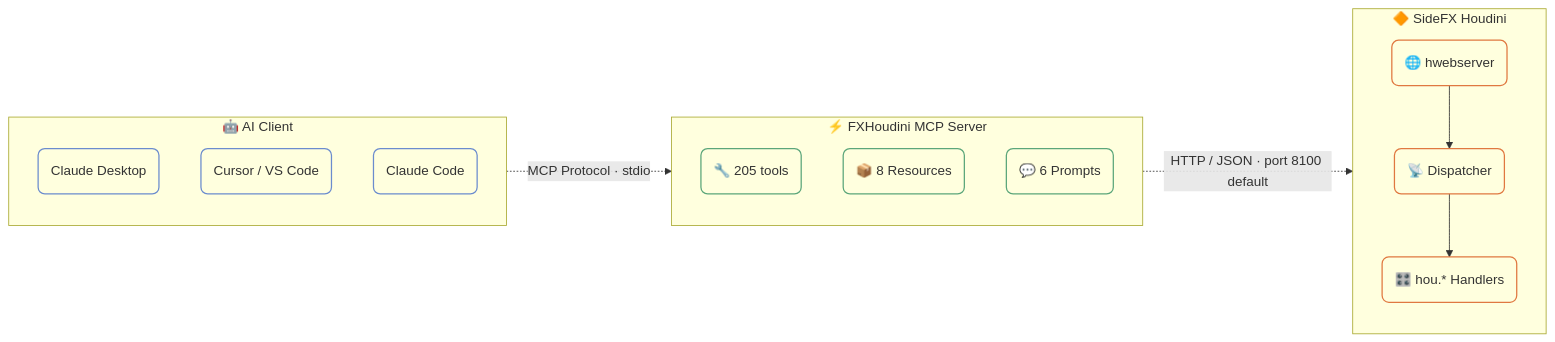
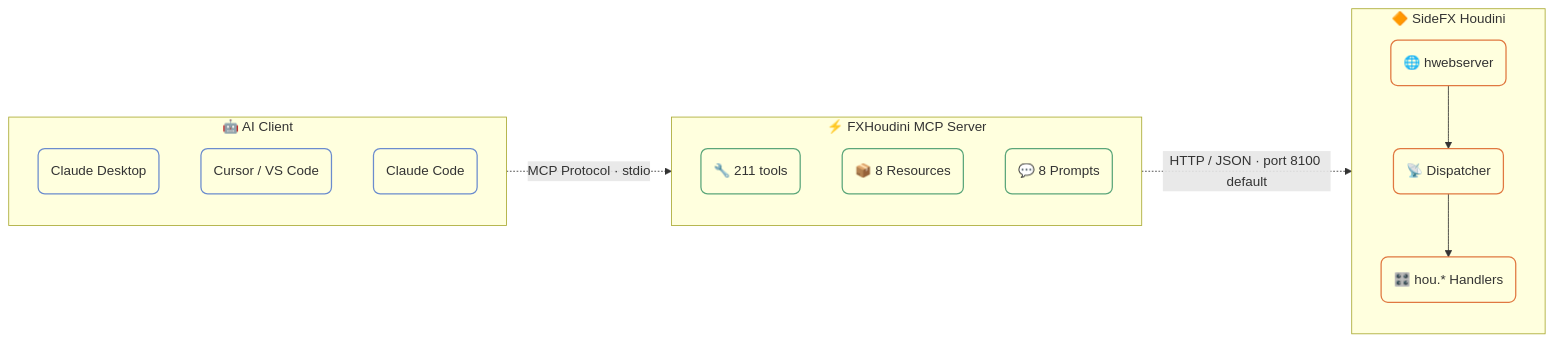
Before and after one commit to rossgeorgia0430-cyber/fxhoudinimcp-windows-agents: the diagram in docs/index.md, drawn with Mermaid. The commit also changed other lines of this file and 47 other files, not shown here.

````diff
--- a/docs/index.md
+++ b/docs/index.md
@@ -40,35 +40,35 @@
 ```mermaid
 flowchart LR
     subgraph Client[" 🤖 AI Client "]
         direction TB
         A1("Claude Desktop")
         A2("Cursor / VS Code")
         A3("Claude Code")
     end
 
     subgraph MCP[" ⚡ FXHoudini MCP Server "]
         direction TB
-        B1("🔧 205 tools")
+        B1("🔧 211 tools")
         B2("📦 8 Resources")
-        B3("💬 6 Prompts")
+        B3("💬 8 Prompts")
     end
 
     subgraph Houdini[" 🔶 SideFX Houdini "]
         direction TB
         C1("🌐 hwebserver")
         C2("📡 Dispatcher")
         C3("🎛️ hou.* Handlers")
         C1 --> C2 --> C3
     end
 
     Client -. "MCP Protocol · stdio" .-> MCP
     MCP -. "HTTP / JSON · port 8100 default" .-> Houdini
 
     classDef clientNode fill:transparent,stroke:#6b8cce,stroke-width:1.5px,rx:8,ry:8
     classDef mcpNode fill:transparent,stroke:#5ba67a,stroke-width:1.5px,rx:8,ry:8
     classDef houdiniNode fill:transparent,stroke:#e07840,stroke-width:1.5px,rx:8,ry:8
 
     class A1,A2,A3 clientNode
     class B1,B2,B3 mcpNode
     class C1,C2,C3 houdiniNode
 ```
````
